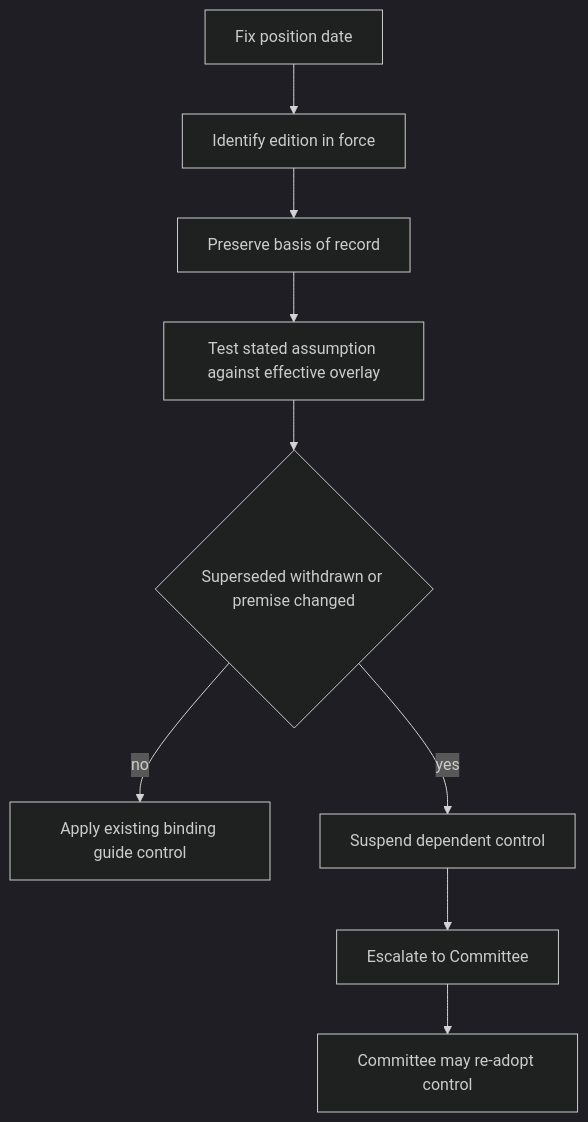
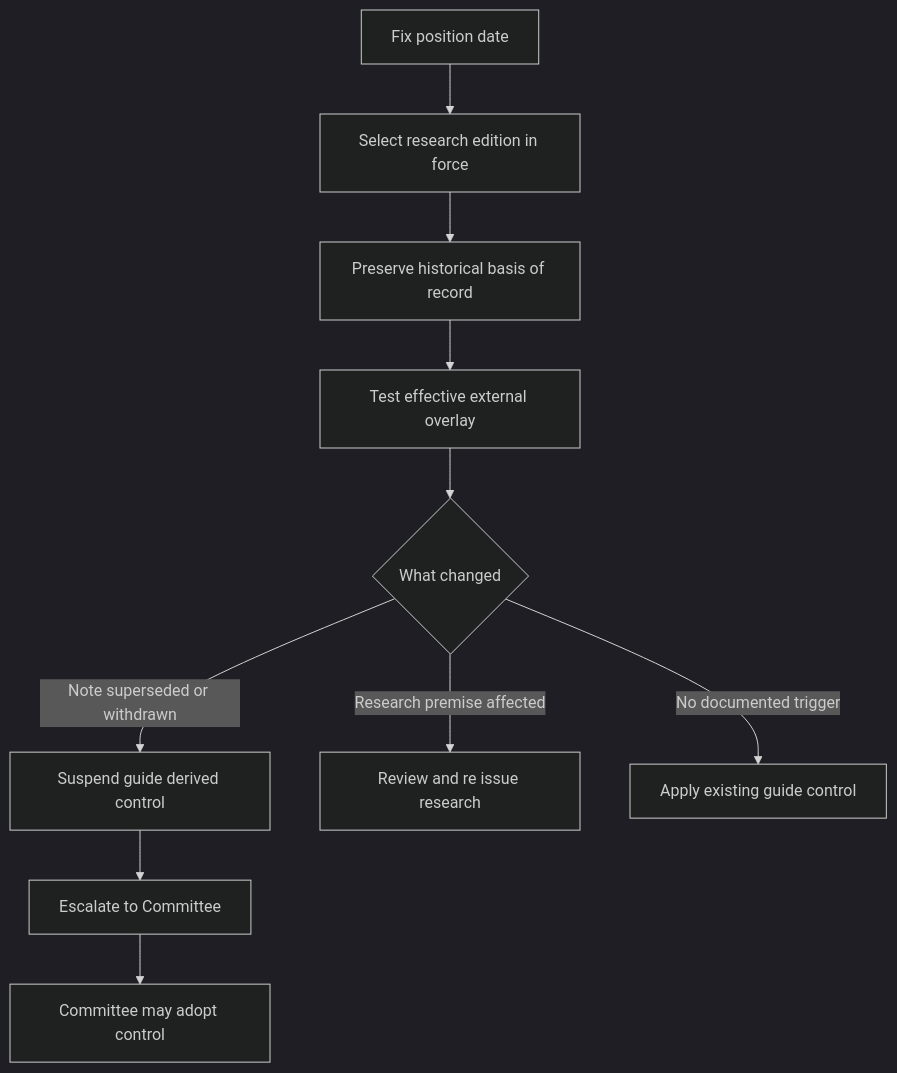
Before and after one commit to xuro-langchain/wealth-research-corpus: the diagram in openwiki/position-assembly/supersession-and-escalation.md, drawn with Mermaid (dark theme). The commit also changed other lines of this file and 43 other files, not shown here.

````diff
--- a/openwiki/position-assembly/supersession-and-escalation.md
+++ b/openwiki/position-assembly/supersession-and-escalation.md
@@ -39,11 +39,12 @@
 ```mermaid
 flowchart TD
-    Start["Fix position date"] --> Edition["Identify edition in force"]
-    Edition --> Record["Preserve basis of record"]
-    Record --> Overlay["Test stated assumption against effective overlay"]
-    Overlay --> Changed{"Superseded withdrawn or premise changed"}
-    Changed -->|"no"| Apply["Apply existing binding guide control"]
-    Changed -->|"yes"| Suspend["Suspend dependent control"]
+    Date["Fix position date"] --> Edition["Select research edition in force"]
+    Edition --> Record["Preserve historical basis of record"]
+    Record --> Overlay["Test effective external overlay"]
+    Overlay --> Trigger{"What changed"}
+    Trigger -->|"Note superseded or withdrawn"| Suspend["Suspend guide derived control"]
     Suspend --> Escalate["Escalate to Committee"]
-    Escalate --> Committee["Committee may re-adopt control"]
+    Escalate --> Adopt["Committee may adopt control"]
+    Trigger -->|"Research premise affected"| Review["Review and re issue research"]
+    Trigger -->|"No documented trigger"| Apply["Apply existing guide control"]
 ```
````
